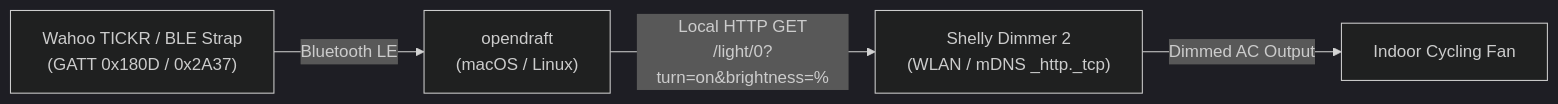
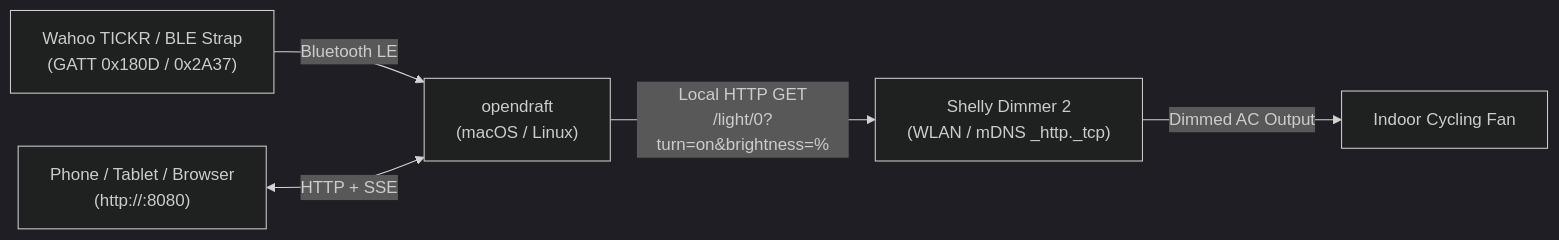
The diagram in docs/setup.md (bfarka/opendraft), drawn with Mermaid (dark theme) before and after one commit. The commit also changed other lines of this file and 15 other files, not shown here.

Commit message:
feat(web): add local WebUI dashboard, SSE API, and headless mode

````diff
--- a/docs/setup.md
+++ b/docs/setup.md
@@ -15,6 +15,7 @@
 ```mermaid
 flowchart LR
     HR["Wahoo TICKR / BLE Strap\n(GATT 0x180D / 0x2A37)"] -->|Bluetooth LE| APP["opendraft\n(macOS / Linux)"]
     APP -->|"Local HTTP GET\n/light/0?turn=on&brightness=%"| SHELLY["Shelly Dimmer 2\n(WLAN / mDNS _http._tcp)"]
     SHELLY -->|Dimmed AC Output| FAN["Indoor Cycling Fan"]
+    WEB["Phone / Tablet / Browser\n(http://<lan-ip>:8080)"] <-->|"HTTP + SSE"| APP
 ```
````
